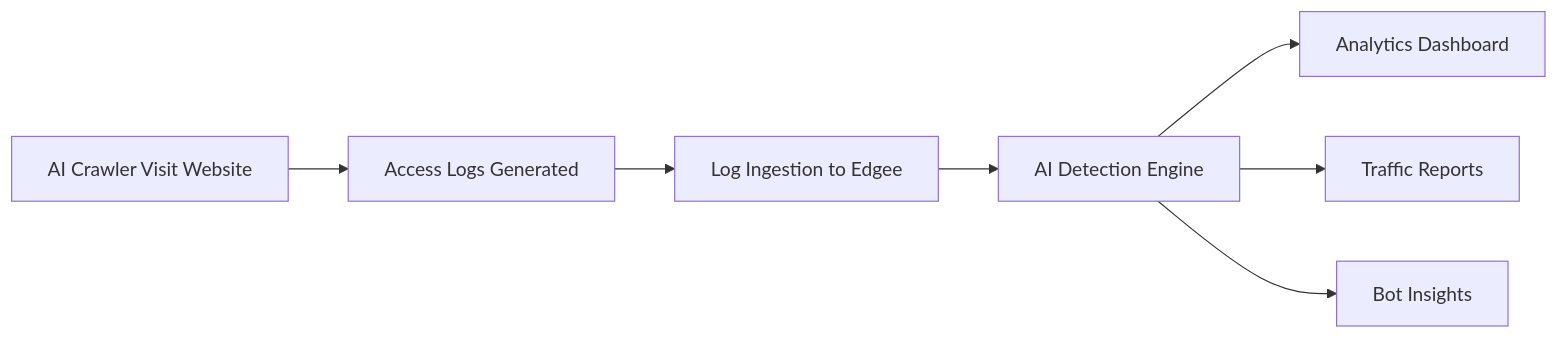
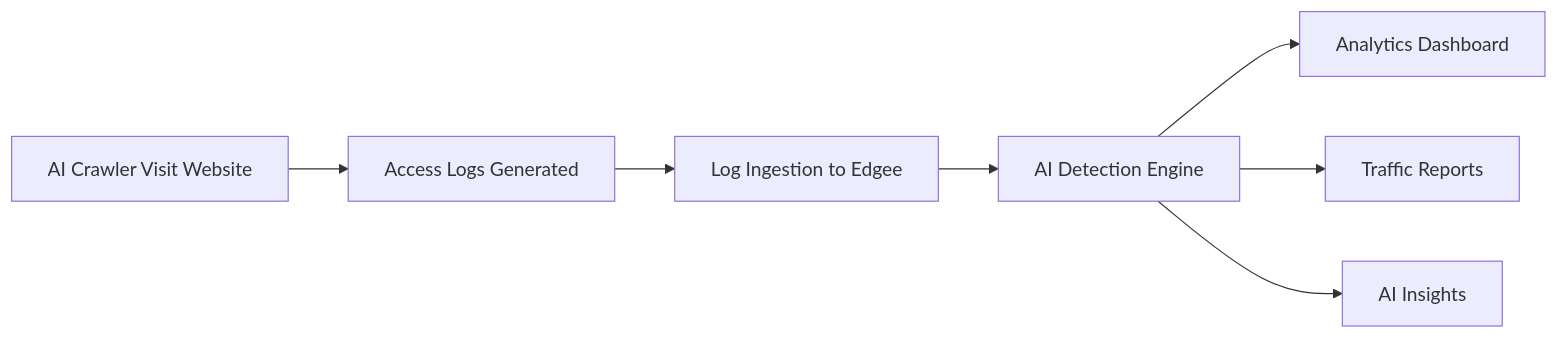
The diagram in services/ai-analytics/overview.mdx (edgee-cloud/docs), drawn with Mermaid before and after one commit.

````diff
--- a/services/ai-analytics/overview.mdx
+++ b/services/ai-analytics/overview.mdx
@@ -33,9 +33,9 @@
 ```mermaid
 graph LR
     A[AI Crawler Visit Website] --> B[Access Logs Generated]
     B --> C[Log Ingestion to Edgee]
     C --> D[AI Detection Engine]
     D --> E[Analytics Dashboard]
     D --> F[Traffic Reports]
-    D --> G[Bot Insights]
+    D --> G[AI Insights]
 ```
````
